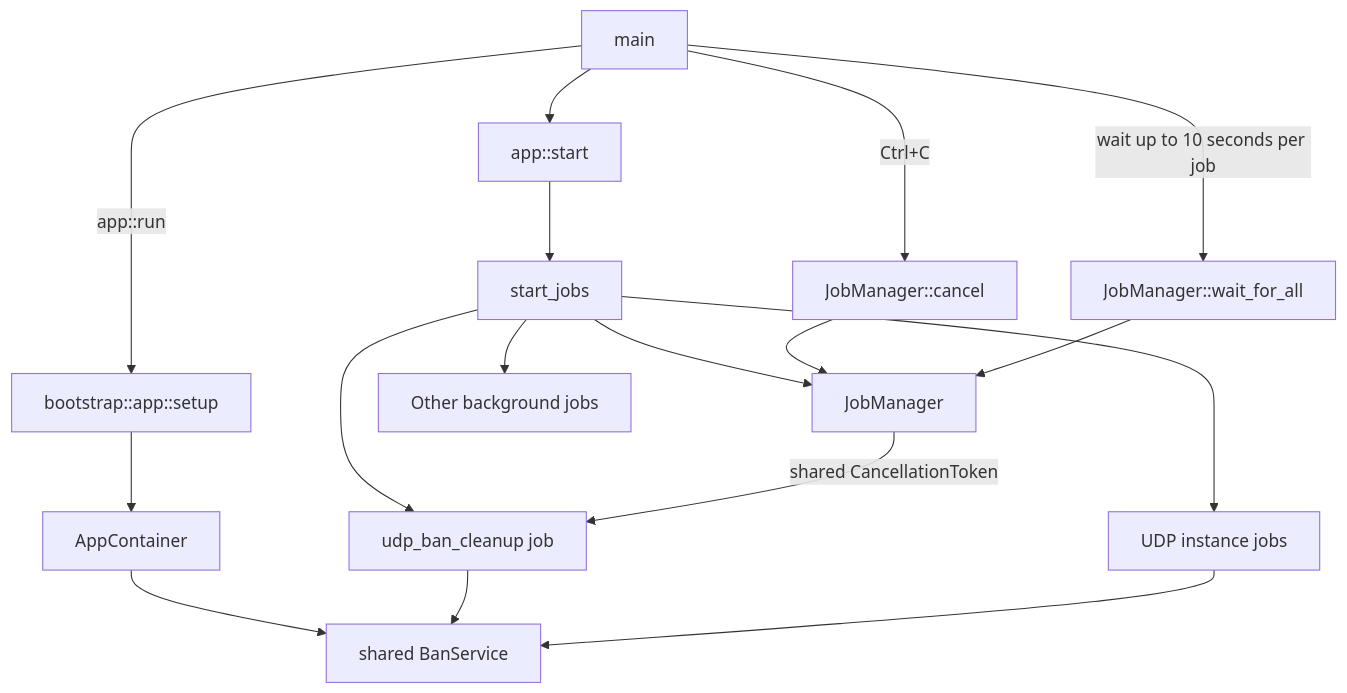
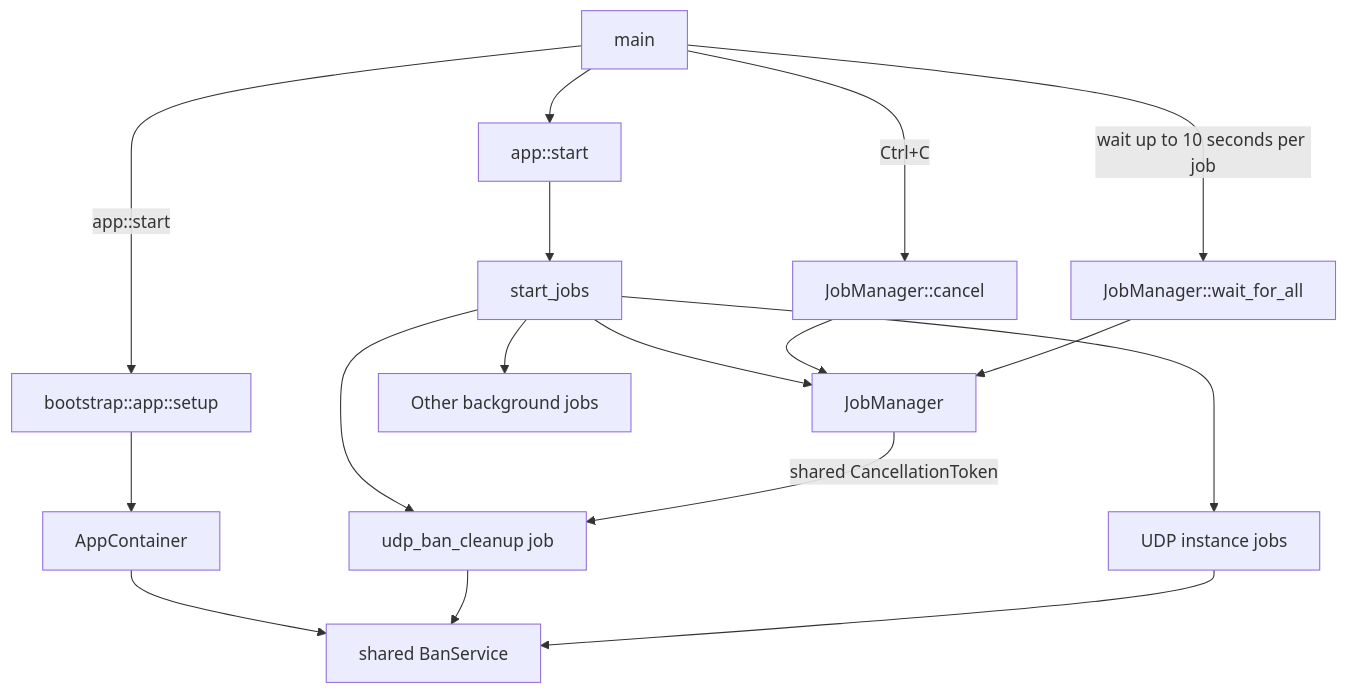
One commit to torrust/torrust-tracker changed the diagram in docs/application-jobs.md. Above: the diagram before and after it, drawn with Mermaid. The commit also changed other lines of this file and 4 other files, not shown here.

````diff
--- a/docs/application-jobs.md
+++ b/docs/application-jobs.md
@@ -54,19 +54,19 @@
 ```mermaid
 flowchart TD
-    Main[main] -->|app::run| Setup[bootstrap::app::setup]
+    Main[main] -->|app::start| Setup[bootstrap::app::setup]
     Setup --> Container[AppContainer]
     Main --> Start[app::start]
     Start --> Jobs[start_jobs]
     Jobs --> Manager[JobManager]
     Jobs --> BanCleanup[udp_ban_cleanup job]
     Jobs --> UdpInstances[UDP instance jobs]
     Jobs --> OtherJobs[Other background jobs]
     Container --> SharedBan[shared BanService]
     BanCleanup --> SharedBan
     UdpInstances --> SharedBan
     Main -->|Ctrl+C| Cancel[JobManager::cancel]
     Cancel --> Manager
     Manager -->|shared CancellationToken| BanCleanup
     Main -->|wait up to 10 seconds per job| Wait[JobManager::wait_for_all]
     Wait --> Manager
 ```
````
